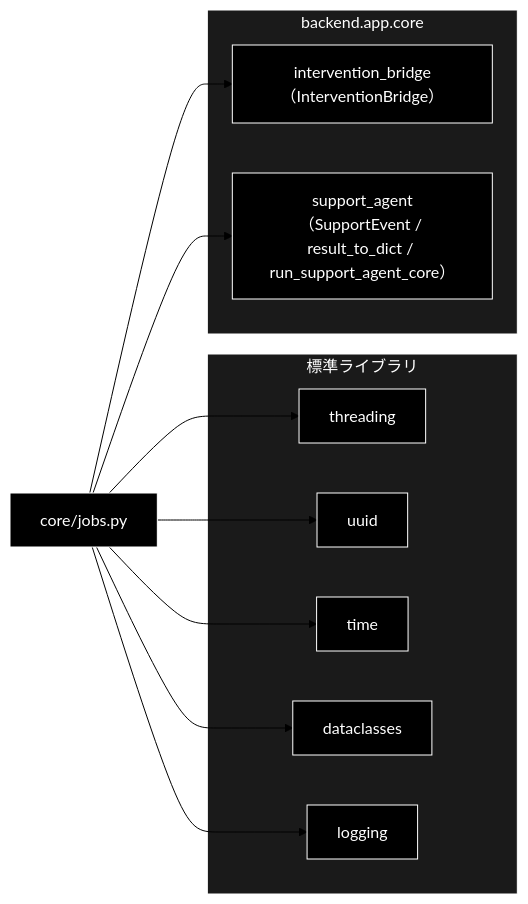
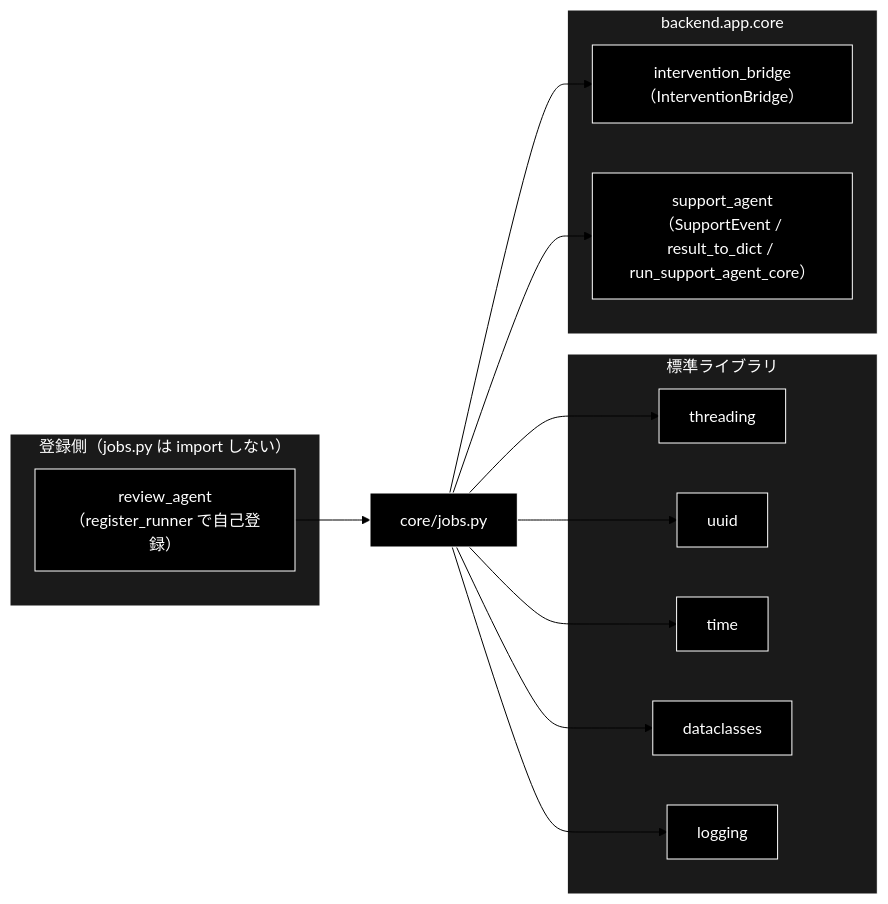
The third of 3 diagrams in backend/docs/core_jobs.md (nakashima2toshio/grace_v2), drawn with Mermaid (forest theme) before and after one commit. The commit also changed other lines of this file and 9 other files, not shown here.

````diff
--- a/backend/docs/core_jobs.md
+++ b/backend/docs/core_jobs.md
@@ -536,30 +620,36 @@
 ```mermaid
 flowchart LR
     JOBS["core/jobs.py"]
 
     subgraph STD["標準ライブラリ"]
         TH["threading"]
         UU["uuid"]
         TM["time"]
         DC["dataclasses"]
         LG["logging"]
     end
 
     subgraph INTERNAL["backend.app.core"]
         BRIDGE["intervention_bridge（InterventionBridge）"]
         AGENT["support_agent（SupportEvent / result_to_dict / run_support_agent_core）"]
     end
 
+    subgraph REGISTERS["登録側（jobs.py は import しない）"]
+        REVIEW["review_agent（register_runner で自己登録）"]
+    end
+
     JOBS --> TH
     JOBS --> UU
     JOBS --> TM
     JOBS --> DC
     JOBS --> LG
     JOBS --> BRIDGE
     JOBS --> AGENT
+    REVIEW --> JOBS
 classDef default fill:#000,stroke:#fff,color:#fff
 classDef subgraphStyle fill:#1a1a1a,stroke:#fff,color:#fff
-class JOBS,TH,UU,TM,DC,LG,BRIDGE,AGENT default
+class JOBS,TH,UU,TM,DC,LG,BRIDGE,AGENT,REVIEW default
 style STD fill:#1a1a1a,stroke:#fff,color:#fff
 style INTERNAL fill:#1a1a1a,stroke:#fff,color:#fff
+style REGISTERS fill:#1a1a1a,stroke:#fff,color:#fff
 ```
````
